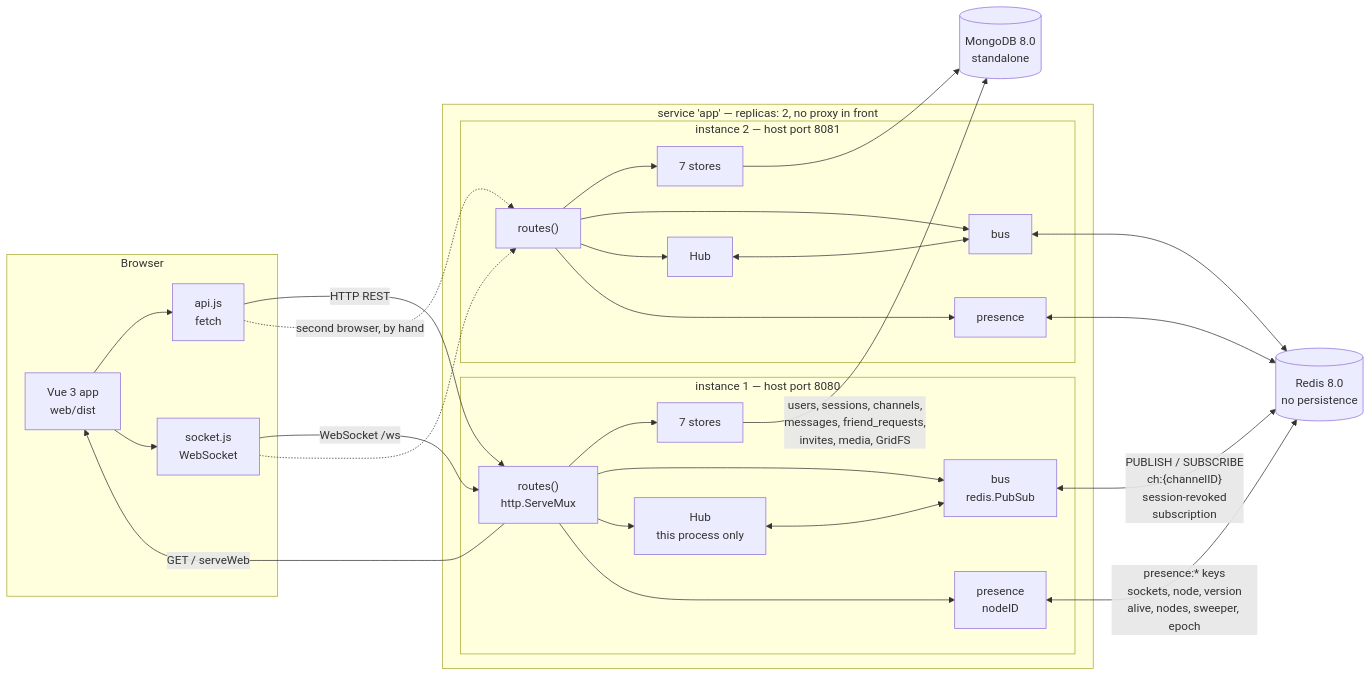
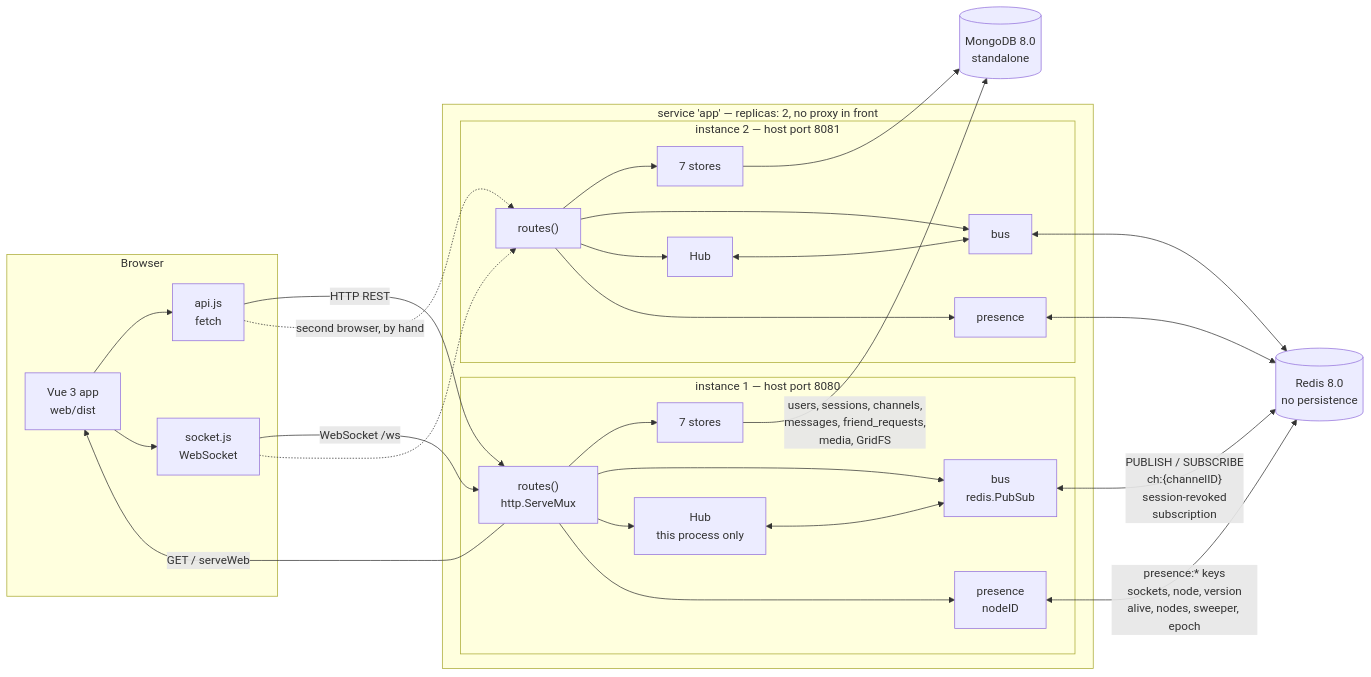
The first of 13 diagrams in docs/diagrams/README.md (hdmtrn/nosql-messenger), drawn with Mermaid before and after one commit. The commit also changed other lines of this file and 21 other files, not shown here.

````diff
--- a/docs/diagrams/README.md
+++ b/docs/diagrams/README.md
@@ -111,58 +111,58 @@
 ```mermaid
 %% Whole system: Vue client, two Go instances, Redis, MongoDB.
 %% Exact Redis key and topic formats are in the README tables.
 %% Sources: docker-compose.yml, Dockerfile, server/main.go, server/server.go,
 %% server/bus.go, server/presence.go, web/src/api.js, web/src/socket.js
 flowchart LR
   subgraph client["Browser"]
     vue["Vue 3 app<br/>web/dist"]
     apijs["api.js<br/>fetch"]
     wsjs["socket.js<br/>WebSocket"]
     vue --> apijs
     vue --> wsjs
   end
 
   subgraph app["service 'app' — replicas: 2, no proxy in front"]
     subgraph n1["instance 1 — host port 8080"]
       mux1["routes()<br/>http.ServeMux"]
       hub1["Hub<br/>this process only"]
       bus1["bus<br/>redis.PubSub"]
       pres1["presence<br/>nodeID"]
       st1["7 stores"]
       mux1 --> st1
       mux1 --> bus1
       mux1 --> hub1
       hub1 <--> bus1
       mux1 --> pres1
     end
     subgraph n2["instance 2 — host port 8081"]
       mux2["routes()"]
       hub2["Hub"]
       bus2["bus"]
       pres2["presence"]
       st2["7 stores"]
       mux2 --> st2
       mux2 --> bus2
       mux2 --> hub2
       hub2 <--> bus2
       mux2 --> pres2
     end
   end
 
   redis[("Redis 8.0<br/>no persistence")]
   mongo[("MongoDB 8.0<br/>standalone")]
 
   apijs -->|"HTTP REST"| mux1
   wsjs -->|"WebSocket /ws"| mux1
   apijs -.->|"second browser, by hand"| mux2
   wsjs -.-> mux2
   mux1 -->|"GET / serveWeb"| vue
 
   bus1 <-->|"PUBLISH / SUBSCRIBE<br/>ch:{channelID}<br/>session-revoked<br/>subscription"| redis
   bus2 <--> redis
   pres1 <-->|"presence:* keys<br/>sockets, node, version<br/>alive, nodes, sweeper, epoch"| redis
   pres2 <--> redis
 
-  st1 -->|"users, sessions, channels,<br/>messages, friend_requests,<br/>invites, media, GridFS"| mongo
+  st1 -->|"users, sessions, channels,<br/>messages, friend_requests,<br/>media, GridFS"| mongo
   st2 --> mongo
 ```
````
